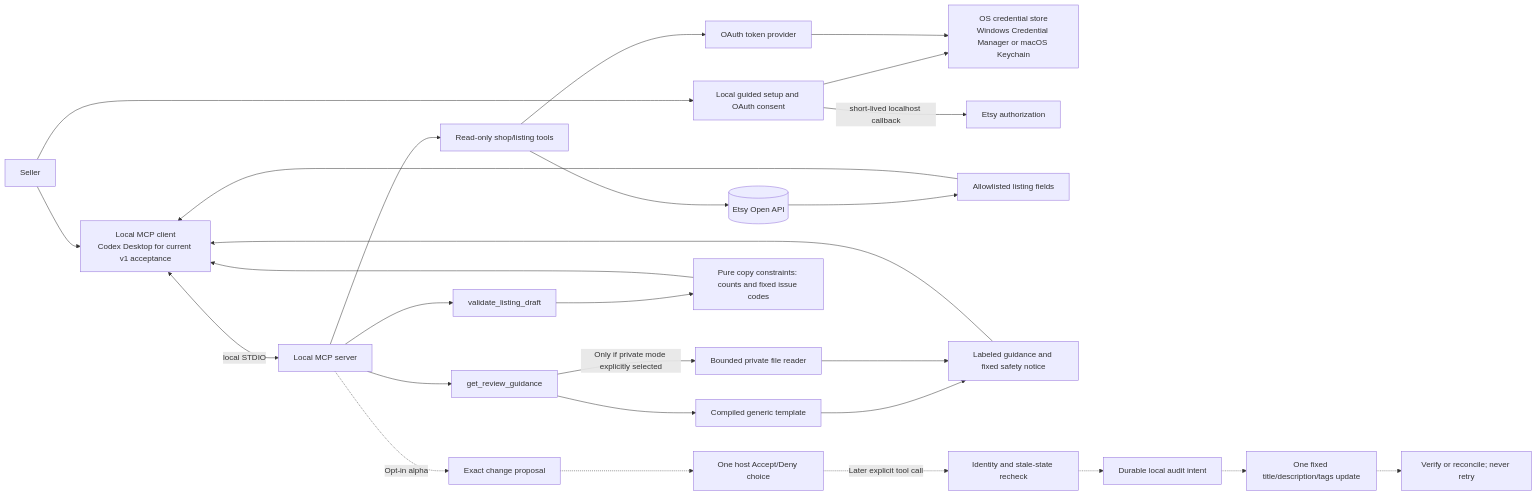
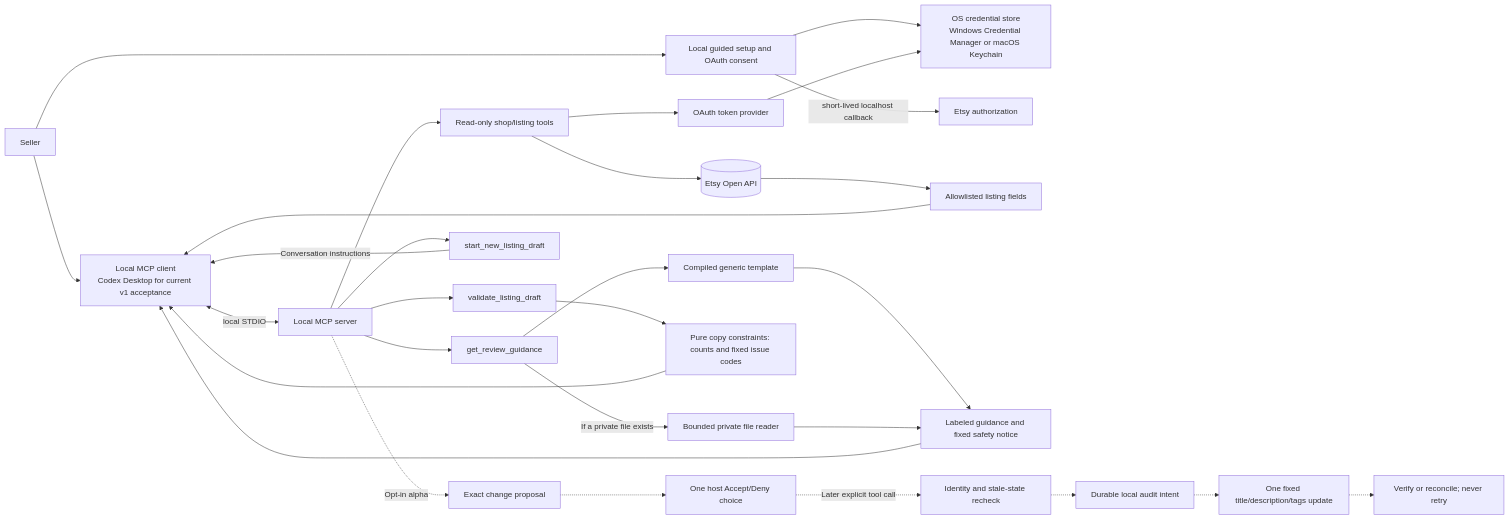
The second of 3 diagrams in docs/architecture.md (stevenfarmer/etsySellerAssistant), drawn with Mermaid before and after one commit. The commit also changed other lines of this file and 30 other files, not shown here.

First line of the commit message:
Add automatic guidance, CodeQL, and photo listing drafts

````diff
--- a/docs/architecture.md
+++ b/docs/architecture.md
@@ -37,29 +37,31 @@
 ```mermaid
 flowchart LR
   seller[Seller] --> setup[Local guided setup and OAuth consent]
   setup --> store[OS credential store<br/>Windows Credential Manager or macOS Keychain]
   setup -->|short-lived localhost callback| etsyAuth[Etsy authorization]
   seller --> client[Local MCP client<br/>Codex Desktop for current v1 acceptance]
   client <-->|local STDIO| mcp[Local MCP server]
   mcp --> readTools[Read-only shop/listing tools]
   readTools --> oauth[OAuth token provider]
   oauth --> store
   readTools --> api[(Etsy Open API)]
   api --> allowlist[Allowlisted listing fields]
   allowlist --> client
   mcp --> guidance[get_review_guidance]
   guidance --> generic[Compiled generic template]
-  guidance -->|Only if private mode explicitly selected| private[Bounded private file reader]
+  guidance -->|If a private file exists| private[Bounded private file reader]
   generic --> labeled[Labeled guidance and fixed safety notice]
   private --> labeled
   labeled --> client
   mcp --> preflight[validate_listing_draft]
   preflight --> checks[Pure copy constraints: counts and fixed issue codes]
   checks --> client
+  mcp --> photoDraft[start_new_listing_draft]
+  photoDraft -->|Conversation instructions| client
   mcp -. "Opt-in alpha" .-> preview[Exact change proposal]
   preview -.-> confirm[One host Accept/Deny choice]
   confirm -. "Later explicit tool call" .-> stale[Identity and stale-state recheck]
   stale -.-> audit[Durable local audit intent]
   audit -.-> write[One fixed title/description/tags update]
   write -.-> verify[Verify or reconcile; never retry]
 ```
````
